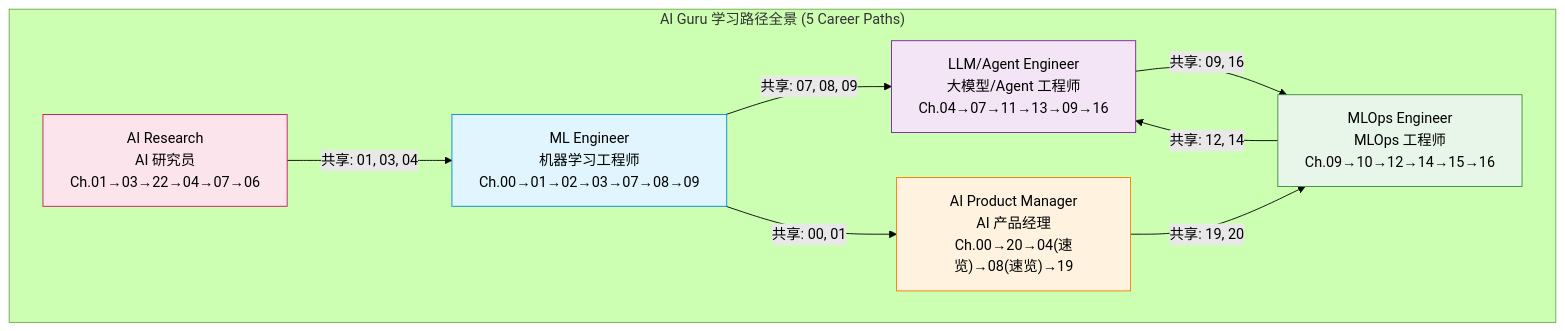
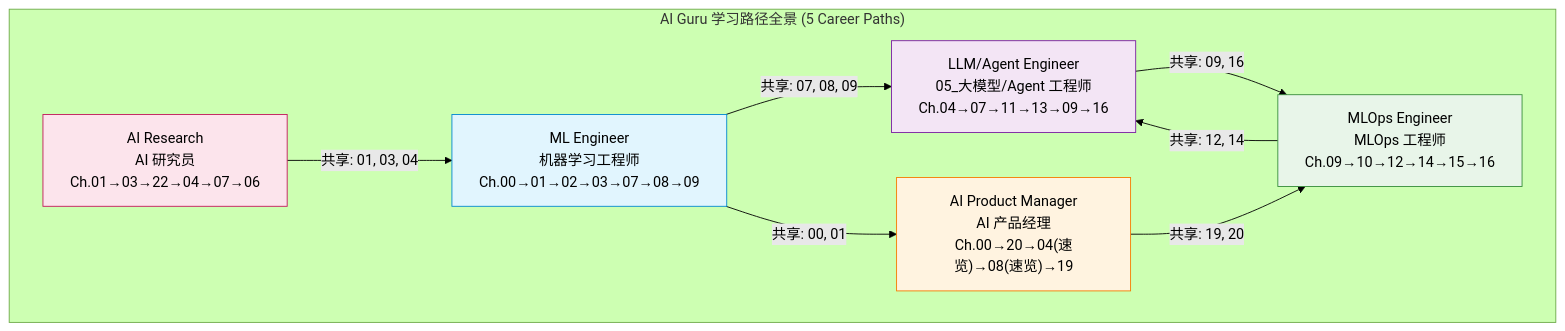
Before and after one commit to CloudManHQ/CloudMaster: the first of 7 diagrams in 90_学习/guides/learning_paths_2026.md, drawn with Mermaid (forest theme). The commit also changed other lines of this file and 2204 other files, not shown here.

````diff
--- a/90_学习/guides/learning_paths_2026.md
+++ b/90_学习/guides/learning_paths_2026.md
@@ -36,23 +36,23 @@
 ```mermaid
 flowchart TB
     subgraph "AI Guru 学习路径全景 (5 Career Paths)"
         ML["ML Engineer<br/>机器学习工程师<br/>Ch.00→01→02→03→07→08→09"]
-        LLM["LLM/Agent Engineer<br/>大模型/Agent 工程师<br/>Ch.04→07→11→13→09→16"]
+        LLM["LLM/Agent Engineer<br/>05_大模型/Agent 工程师<br/>Ch.04→07→11→13→09→16"]
         PM["AI Product Manager<br/>AI 产品经理<br/>Ch.00→20→04(速览)→08(速览)→19"]
         OPS["MLOps Engineer<br/>MLOps 工程师<br/>Ch.09→10→12→14→15→16"]
         RES["AI Research<br/>AI 研究员<br/>Ch.01→03→22→04→07→06"]
     end
 
     ML --> |"共享: 07, 08, 09"| LLM
     ML --> |"共享: 00, 01"| PM
     LLM --> |"共享: 09, 16"| OPS
     OPS --> |"共享: 12, 14"| LLM
     RES --> |"共享: 01, 03, 04"| ML
     PM --> |"共享: 19, 20"| OPS
 
     style ML fill:#e1f5fe,stroke:#0288d1
     style LLM fill:#f3e5f5,stroke:#7b1fa2
     style PM fill:#fff3e0,stroke:#f57c00
     style OPS fill:#e8f5e9,stroke:#388e3c
     style RES fill:#fce4ec,stroke:#c2185b
 ```
````
